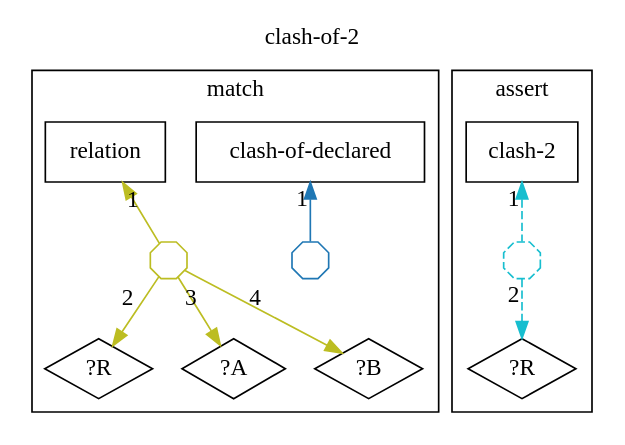
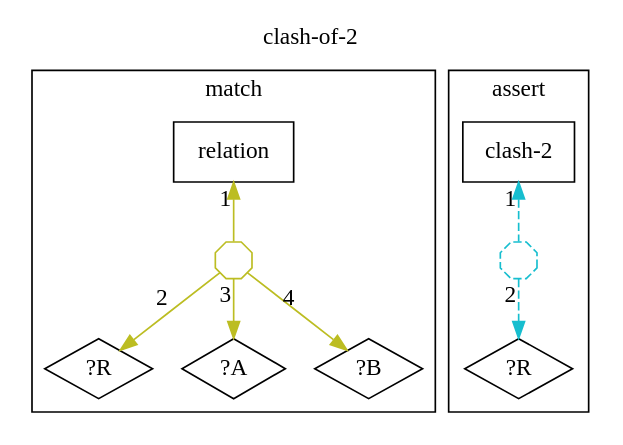
The diagram in docs/ein/user/04-reference/04-stdlib/diagrams/20-std.contradiction.clash-of-2.dot (agutikov/ein), drawn with Graphviz before and after one commit. The commit also changed 141 other files, not shown here.

```diff
--- a/docs/ein/user/04-reference/04-stdlib/diagrams/20-std.contradiction.clash-of-2.dot
+++ b/docs/ein/user/04-reference/04-stdlib/diagrams/20-std.contradiction.clash-of-2.dot
@@ -1,25 +1,22 @@
 digraph rule_clash_of_2_lhs_rhs {
   rankdir=TB;
   label="clash-of-2"; labelloc=t;
   subgraph cluster_lhs { label="match";
-    "clash-of-declared_L" [label="clash-of-declared", shape=box];
     "relation_L" [label="relation", shape=box];
     "?R_L" [label="?R", shape=diamond];
     "?A_L" [label="?A", shape=diamond];
     "?B_L" [label="?B", shape=diamond];
-    "h1_clash-of-declared_L" [shape=octagon, label="", width=0.3, height=0.3, fixedsize=true, color="#1f77b4"];
-    "clash-of-declared_L" -> "h1_clash-of-declared_L" [xlabel="1", dir=back, color="#1f77b4"];
-    "h2_relation_L" [shape=octagon, label="", width=0.3, height=0.3, fixedsize=true, color="#bcbd22"];
-    "relation_L" -> "h2_relation_L" [xlabel="1", dir=back, color="#bcbd22"];
-    "h2_relation_L" -> "?R_L" [xlabel="2", color="#bcbd22"];
-    "h2_relation_L" -> "?A_L" [xlabel="3", color="#bcbd22"];
-    "h2_relation_L" -> "?B_L" [xlabel="4", color="#bcbd22"];
+    "h1_relation_L" [shape=octagon, label="", width=0.3, height=0.3, fixedsize=true, color="#bcbd22"];
+    "relation_L" -> "h1_relation_L" [xlabel="1", dir=back, color="#bcbd22"];
+    "h1_relation_L" -> "?R_L" [xlabel="2", color="#bcbd22"];
+    "h1_relation_L" -> "?A_L" [xlabel="3", color="#bcbd22"];
+    "h1_relation_L" -> "?B_L" [xlabel="4", color="#bcbd22"];
   }
   subgraph cluster_rhs { label="assert";
     "clash-2_R" [label="clash-2", shape=box];
     "?R_R" [label="?R", shape=diamond];
-    "h3_clash-2_R" [shape=octagon, label="", width=0.3, height=0.3, fixedsize=true, color="#17becf", style=dashed];
-    "clash-2_R" -> "h3_clash-2_R" [xlabel="1", dir=back, color="#17becf", style=dashed];
-    "h3_clash-2_R" -> "?R_R" [xlabel="2", color="#17becf", style=dashed];
+    "h2_clash-2_R" [shape=octagon, label="", width=0.3, height=0.3, fixedsize=true, color="#17becf", style=dashed];
+    "clash-2_R" -> "h2_clash-2_R" [xlabel="1", dir=back, color="#17becf", style=dashed];
+    "h2_clash-2_R" -> "?R_R" [xlabel="2", color="#17becf", style=dashed];
   }
 }
```
